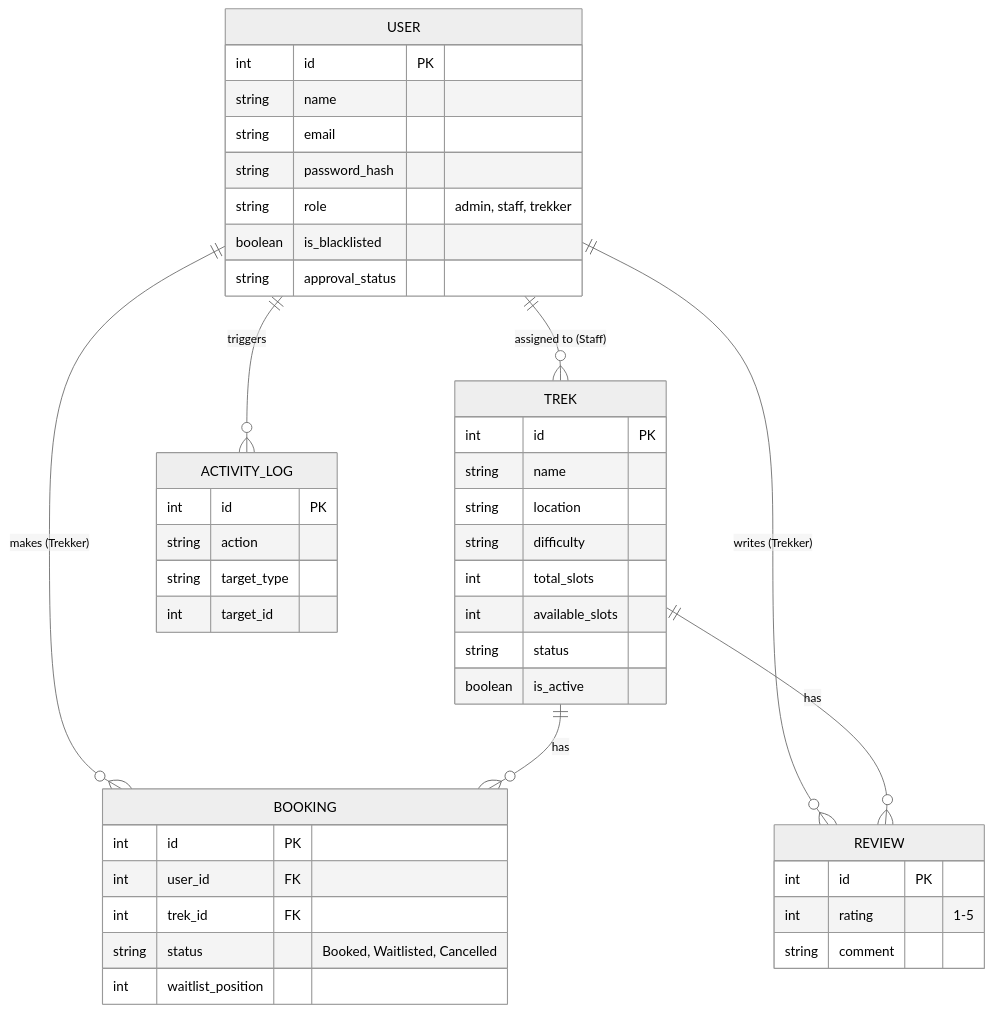
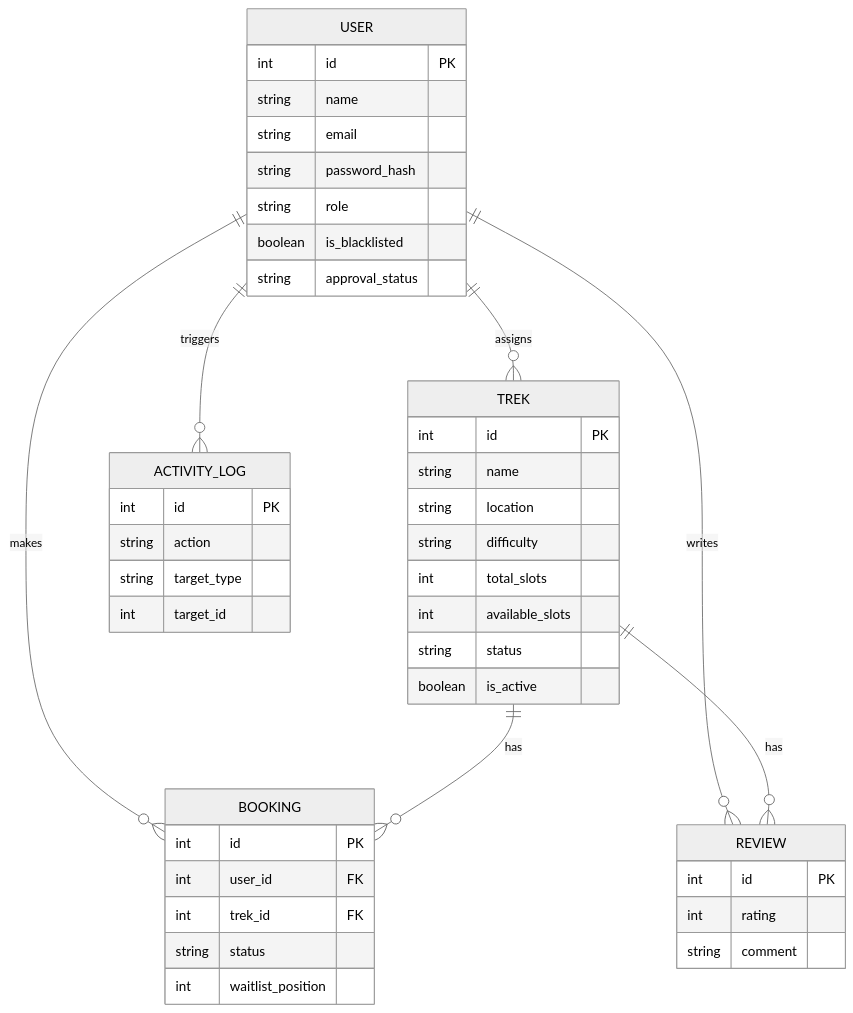
One commit to meetj-15/trekking-management-app changed the diagram in README.md. Above: the diagram before and after it, drawn with Mermaid (neutral theme).

Commit message:
Fixed image rendering issues

````diff
--- a/README.md
+++ b/README.md
@@ -49,48 +49,47 @@
 ```mermaid
 erDiagram
-    USER ||--o{ TREK : "assigned to (Staff)"
-    USER ||--o{ BOOKING : "makes (Trekker)"
-    USER ||--o{ REVIEW : "writes (Trekker)"
+    USER ||--o{ TREK : "assigns"
+    USER ||--o{ BOOKING : "makes"
+    USER ||--o{ REVIEW : "writes"
     USER ||--o{ ACTIVITY_LOG : "triggers"
-    
     TREK ||--o{ BOOKING : "has"
     TREK ||--o{ REVIEW : "has"
 
     USER {
         int id PK
         string name
         string email
         string password_hash
-        string role "admin, staff, trekker"
+        string role
         boolean is_blacklisted
         string approval_status
     }
     TREK {
         int id PK
         string name
         string location
         string difficulty
         int total_slots
         int available_slots
         string status
         boolean is_active
     }
     BOOKING {
         int id PK
         int user_id FK
         int trek_id FK
-        string status "Booked, Waitlisted, Cancelled"
+        string status
         int waitlist_position
     }
     REVIEW {
         int id PK
-        int rating "1-5"
+        int rating
         string comment
     }
     ACTIVITY_LOG {
         int id PK
         string action
         string target_type
         int target_id
     }
 ```
````
